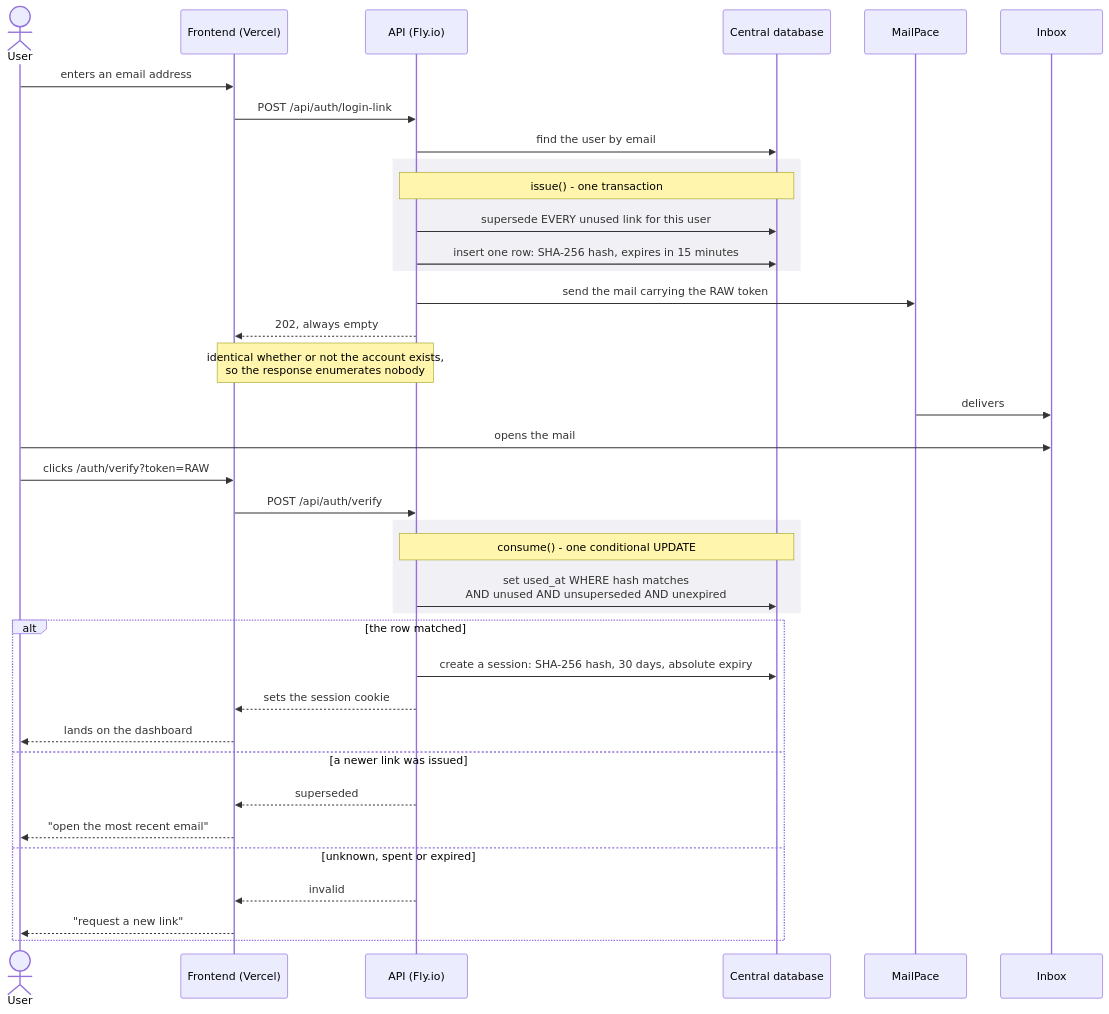
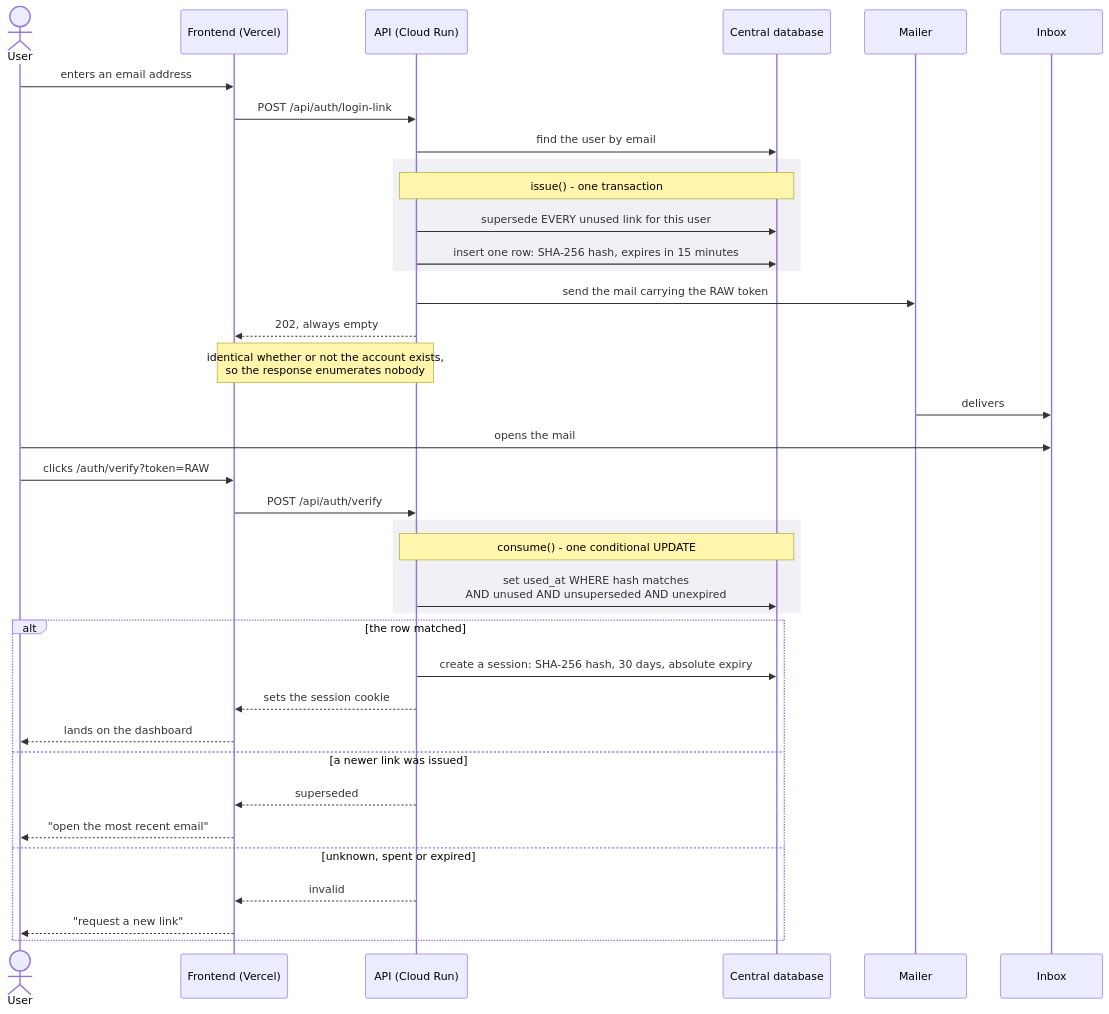
The fourth of 4 diagrams in docs/showcase/diagrams.md (AntePrkacin/personal-expense-tracker), drawn with Mermaid before and after one commit. The commit also changed other lines of this file and 20 other files, not shown here.

Commit message:
docs: sweep stale Fly, domain and mail references

````diff
--- a/docs/showcase/diagrams.md
+++ b/docs/showcase/diagrams.md
@@ -260,45 +258,45 @@
 ```mermaid
 sequenceDiagram
     actor U as User
     participant FE as Frontend (Vercel)
-    participant API as API (Fly.io)
+    participant API as API (Cloud Run)
     participant DB as Central database
-    participant MP as MailPace
+    participant MP as Mailer
     participant IN as Inbox
 
     U->>FE: enters an email address
     FE->>API: POST /api/auth/login-link
     API->>DB: find the user by email
 
     rect rgb(240, 240, 245)
     note over API,DB: issue() - one transaction
     API->>DB: supersede EVERY unused link for this user
     API->>DB: insert one row: SHA-256 hash, expires in 15 minutes
     end
 
     API->>MP: send the mail carrying the RAW token
     API-->>FE: 202, always empty
     note over API,FE: identical whether or not the account exists,<br/>so the response enumerates nobody
     MP->>IN: delivers
 
     U->>IN: opens the mail
     U->>FE: clicks /auth/verify?token=RAW
     FE->>API: POST /api/auth/verify
 
     rect rgb(240, 240, 245)
     note over API,DB: consume() - one conditional UPDATE
     API->>DB: set used_at WHERE hash matches<br/>AND unused AND unsuperseded AND unexpired
     end
 
     alt the row matched
         API->>DB: create a session: SHA-256 hash, 30 days, absolute expiry
         API-->>FE: sets the session cookie
         FE-->>U: lands on the dashboard
     else a newer link was issued
         API-->>FE: superseded
         FE-->>U: "open the most recent email"
     else unknown, spent or expired
         API-->>FE: invalid
         FE-->>U: "request a new link"
     end
 ```
````
